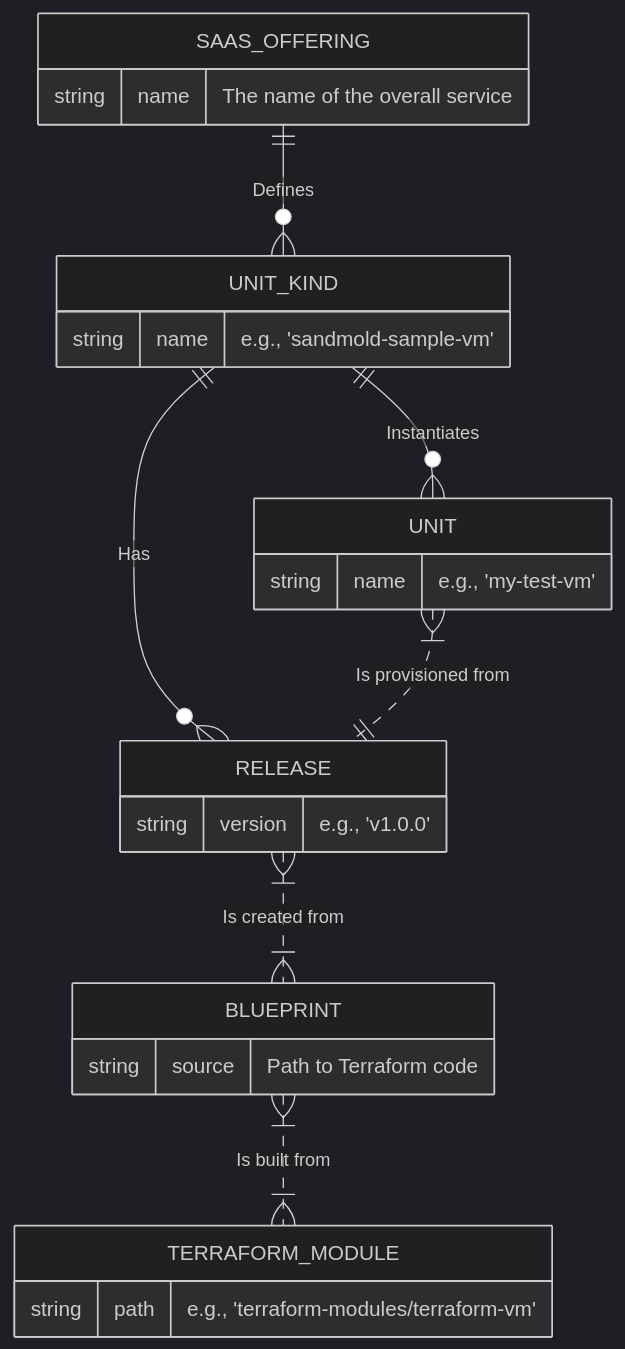
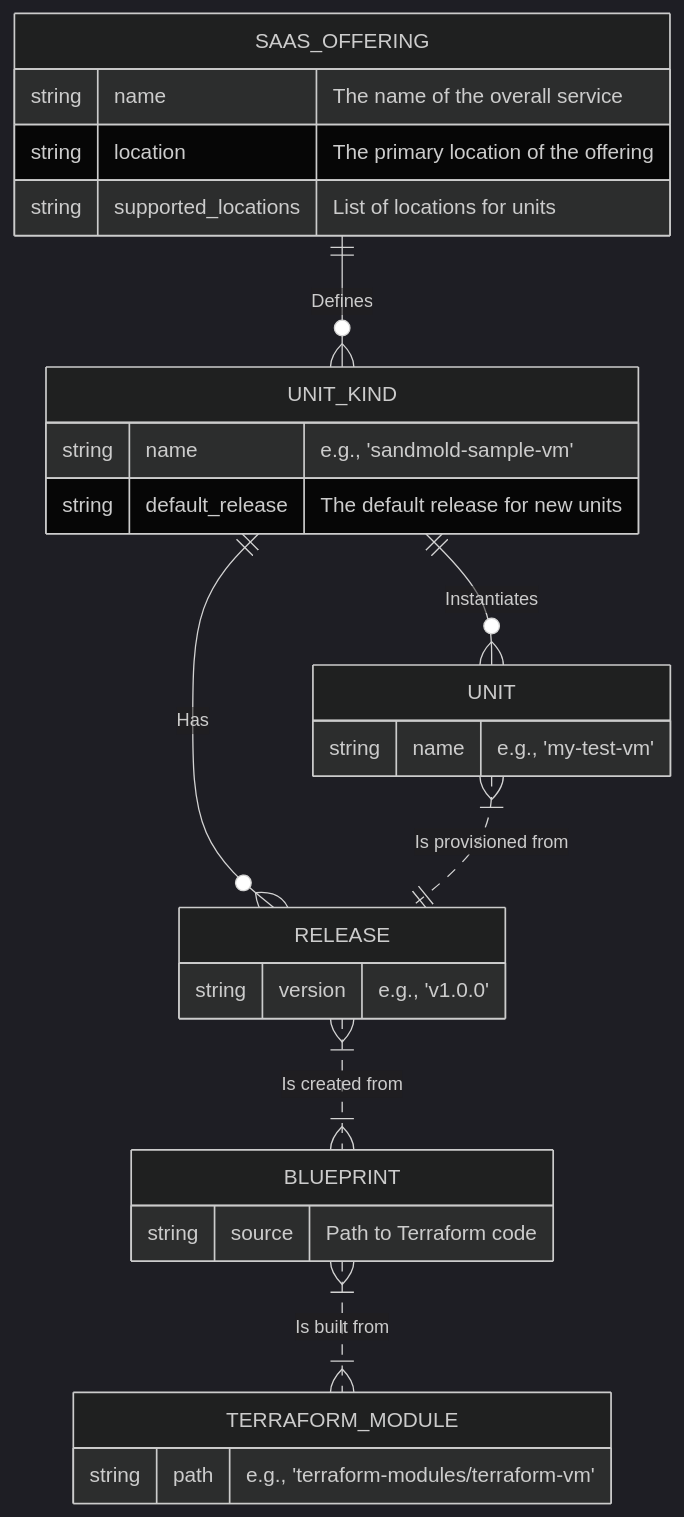
The first of 2 diagrams in iac/saas-runtime/ER_DIAGRAM.md (Friends-of-Ricc/sandmold), drawn with Mermaid (dark theme) before and after one commit. The commit also changed other lines of this file, not shown here.

First line of the commit message:
docs: Create and enhance SaaS Runtime ER Diagram

````diff
--- a/iac/saas-runtime/ER_DIAGRAM.md
+++ b/iac/saas-runtime/ER_DIAGRAM.md
@@ -16,28 +16,31 @@
 ```mermaid
 erDiagram
     SAAS_OFFERING {
         string name "The name of the overall service"
+        string location "The primary location of the offering"
+        string supported_locations "List of locations for units"
     }
     UNIT_KIND {
         string name "e.g., 'sandmold-sample-vm'"
+        string default_release "The default release for new units"
     }
     RELEASE {
         string version "e.g., 'v1.0.0'"
     }
     BLUEPRINT {
         string source "Path to Terraform code"
     }
     UNIT {
         string name "e.g., 'my-test-vm'"
     }
     TERRAFORM_MODULE {
         string path "e.g., 'terraform-modules/terraform-vm'"
     }
 
     SAAS_OFFERING ||--o{ UNIT_KIND : "Defines"
     UNIT_KIND ||--o{ RELEASE : "Has"
     UNIT_KIND ||--o{ UNIT : "Instantiates"
     RELEASE }|..|{ BLUEPRINT : "Is created from"
     BLUEPRINT }|..|{ TERRAFORM_MODULE : "Is built from"
     UNIT }|..|| RELEASE : "Is provisioned from"
 ```
````
